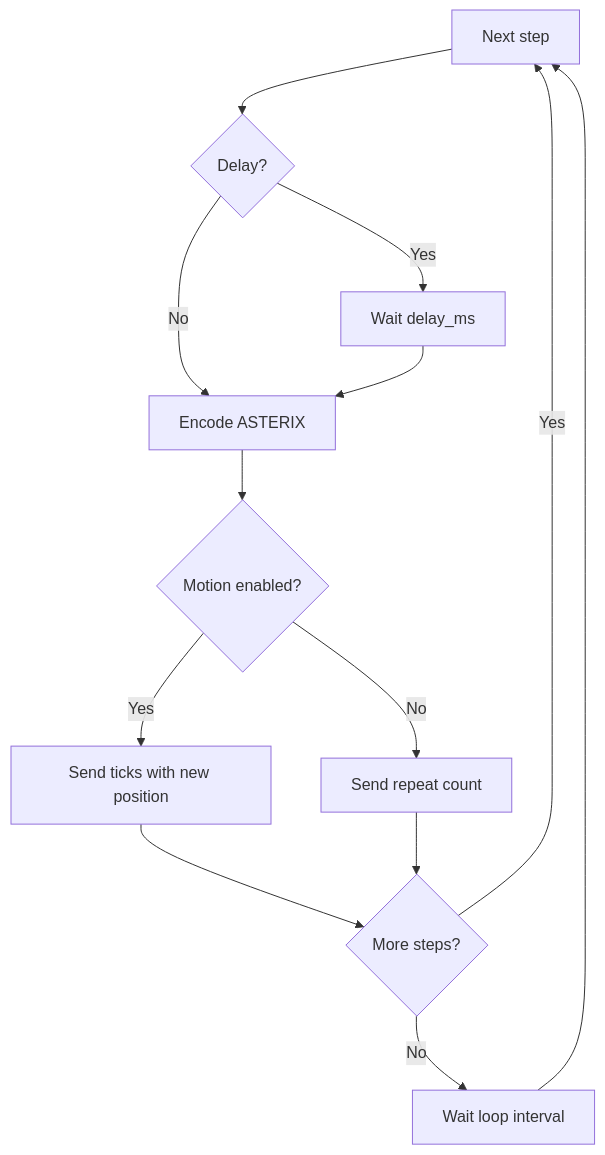
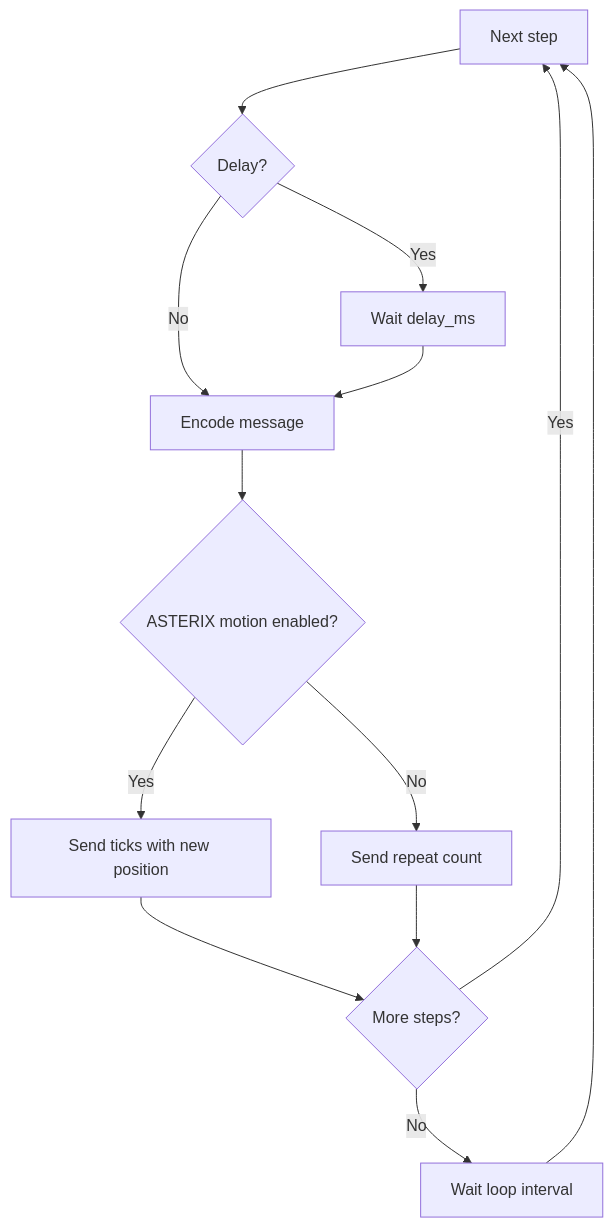
Before and after one commit to perneh/obelix: the third of 3 diagrams in docs/usage.md, drawn with Mermaid. The commit also changed other lines of this file and 42 other files, not shown here.

````diff
--- a/docs/usage.md
+++ b/docs/usage.md
@@ -50,15 +67,15 @@
 ```mermaid
 flowchart TD
     step[Next step] --> wait{Delay?}
     wait -->|Yes| delay[Wait delay_ms]
-    wait -->|No| encode[Encode ASTERIX]
+    wait -->|No| encode[Encode message]
     delay --> encode
-    encode --> motion{Motion enabled?}
+    encode --> motion{ASTERIX motion enabled?}
     motion -->|Yes| ticks[Send ticks with new position]
     motion -->|No| repeat[Send repeat count]
     ticks --> more{More steps?}
     repeat --> more
     more -->|Yes| step
     more -->|No| interval[Wait loop interval]
     interval --> step
 ```
````
